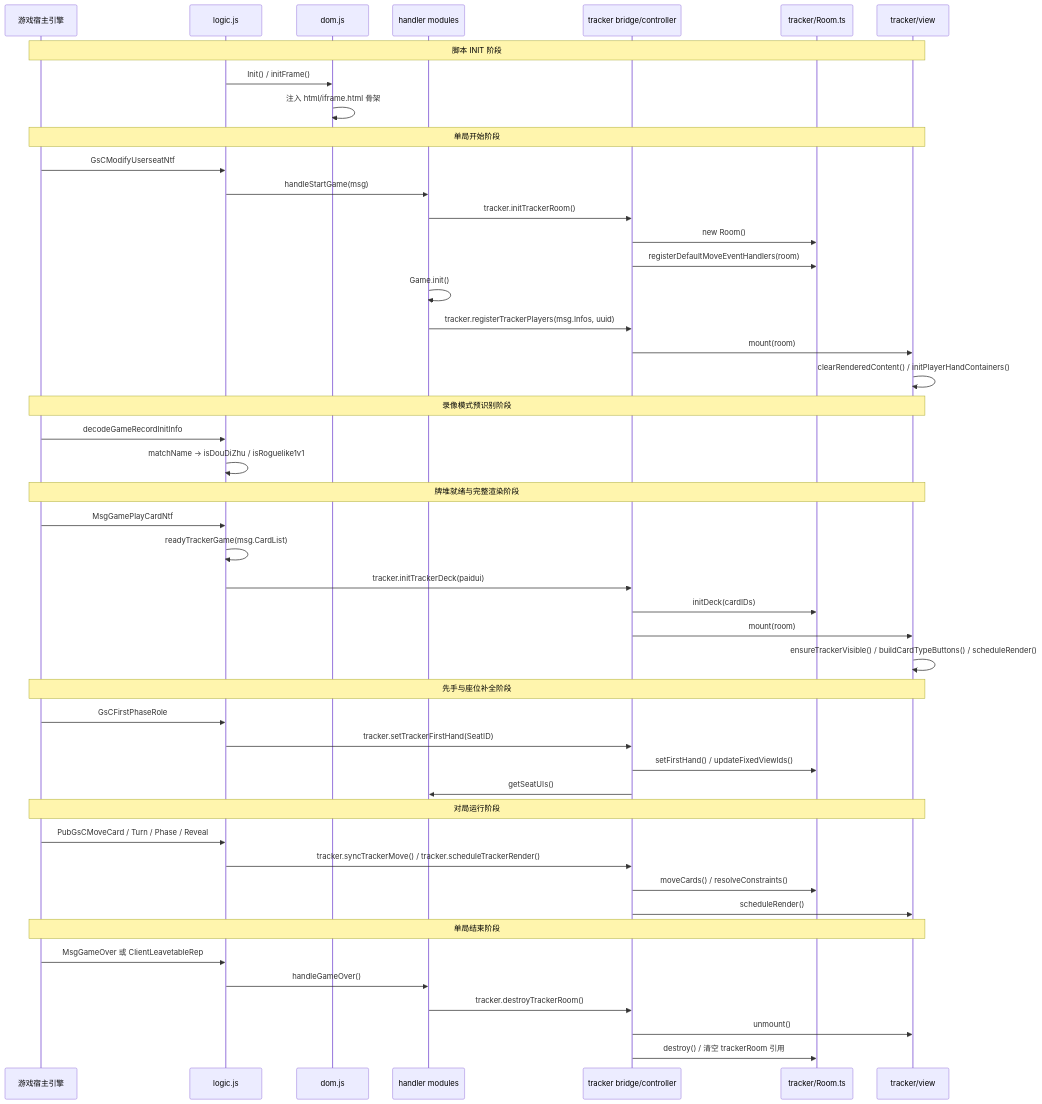
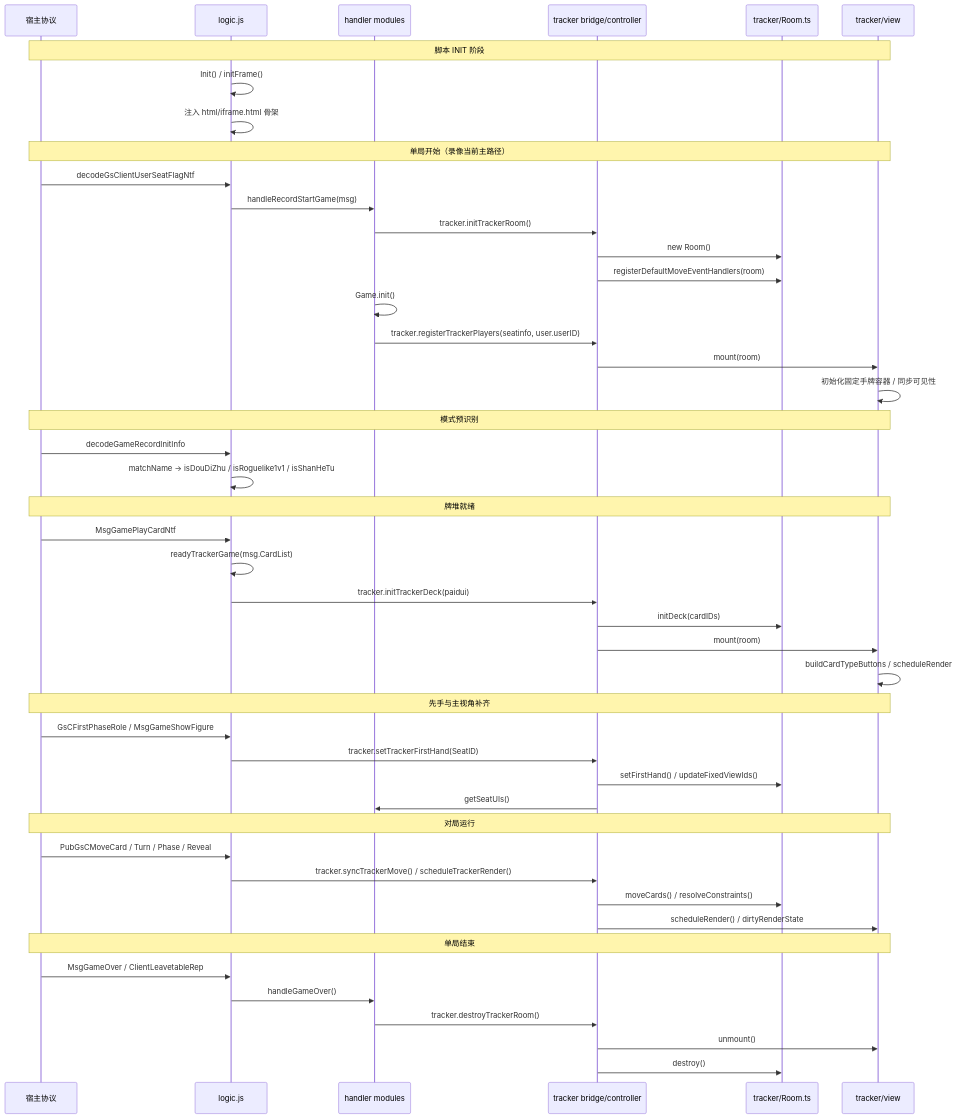
The second of 3 diagrams in docs/agents/lifecycle.md (llsccm/tracker), drawn with Mermaid before and after one commit. The commit also changed other lines of this file and 10 other files, not shown here.

````diff
--- a/docs/agents/lifecycle.md
+++ b/docs/agents/lifecycle.md
@@ -66,56 +65,55 @@
 ```mermaid
 sequenceDiagram
-    participant Engine as 游戏宿主引擎
+    participant Engine as 宿主协议
     participant Logic as logic.js
-    participant Dom as dom.js
     participant Handler as handler modules
     participant Bridge as tracker bridge/controller
     participant Room as tracker/Room.ts
     participant View as tracker/view
 
     Note over Engine,View: 脚本 INIT 阶段
-    Logic ->> Dom: Init() / initFrame()
-    Dom ->> Dom: 注入 html/iframe.html 骨架
+    Logic ->> Logic: Init() / initFrame()
+    Logic ->> Logic: 注入 html/iframe.html 骨架
 
-    Note over Engine,View: 单局开始阶段
-    Engine ->> Logic: GsCModifyUserseatNtf
-    Logic ->> Handler: handleStartGame(msg)
+    Note over Engine,View: 单局开始（录像当前主路径）
+    Engine ->> Logic: decodeGsClientUserSeatFlagNtf
+    Logic ->> Handler: handleRecordStartGame(msg)
     Handler ->> Bridge: tracker.initTrackerRoom()
     Bridge ->> Room: new Room()
     Bridge ->> Room: registerDefaultMoveEventHandlers(room)
     Handler ->> Handler: Game.init()
-    Handler ->> Bridge: tracker.registerTrackerPlayers(msg.Infos, uuid)
+    Handler ->> Bridge: tracker.registerTrackerPlayers(seatinfo, user.userID)
     Bridge ->> View: mount(room)
-    View ->> View: clearRenderedContent() / initPlayerHandContainers()
+    View ->> View: 初始化固定手牌容器 / 同步可见性
 
-    Note over Engine,View: 录像模式预识别阶段
+    Note over Engine,View: 模式预识别
     Engine ->> Logic: decodeGameRecordInitInfo
-    Logic ->> Logic: matchName -> isDouDiZhu / isRoguelike1v1
+    Logic ->> Logic: matchName -> isDouDiZhu / isRoguelike1v1 / isShanHeTu
 
-    Note over Engine,View: 牌堆就绪与完整渲染阶段
+    Note over Engine,View: 牌堆就绪
     Engine ->> Logic: MsgGamePlayCardNtf
     Logic ->> Logic: readyTrackerGame(msg.CardList)
     Logic ->> Bridge: tracker.initTrackerDeck(paidui)
     Bridge ->> Room: initDeck(cardIDs)
     Bridge ->> View: mount(room)
-    View ->> View: ensureTrackerVisible() / buildCardTypeButtons() / scheduleRender()
+    View ->> View: buildCardTypeButtons / scheduleRender
 
-    Note over Engine,View: 先手与座位补全阶段
-    Engine ->> Logic: GsCFirstPhaseRole
+    Note over Engine,View: 先手与主视角补齐
+    Engine ->> Logic: GsCFirstPhaseRole / MsgGameShowFigure
     Logic ->> Bridge: tracker.setTrackerFirstHand(SeatID)
     Bridge ->> Room: setFirstHand() / updateFixedViewIds()
     Bridge ->> Handler: getSeatUIs()
 
-    Note over Engine,View: 对局运行阶段
+    Note over Engine,View: 对局运行
     Engine ->> Logic: PubGsCMoveCard / Turn / Phase / Reveal
-    Logic ->> Bridge: tracker.syncTrackerMove() / tracker.scheduleTrackerRender()
+    Logic ->> Bridge: tracker.syncTrackerMove() / scheduleTrackerRender()
     Bridge ->> Room: moveCards() / resolveConstraints()
-    Bridge ->> View: scheduleRender()
+    Bridge ->> View: scheduleRender() / dirtyRenderState
 
-    Note over Engine,View: 单局结束阶段
-    Engine ->> Logic: MsgGameOver 或 ClientLeavetableRep
+    Note over Engine,View: 单局结束
+    Engine ->> Logic: MsgGameOver / ClientLeavetableRep
     Logic ->> Handler: handleGameOver()
     Handler ->> Bridge: tracker.destroyTrackerRoom()
     Bridge ->> View: unmount()
-    Bridge ->> Room: destroy() / 清空 trackerRoom 引用
+    Bridge ->> Room: destroy()
 ```
````
